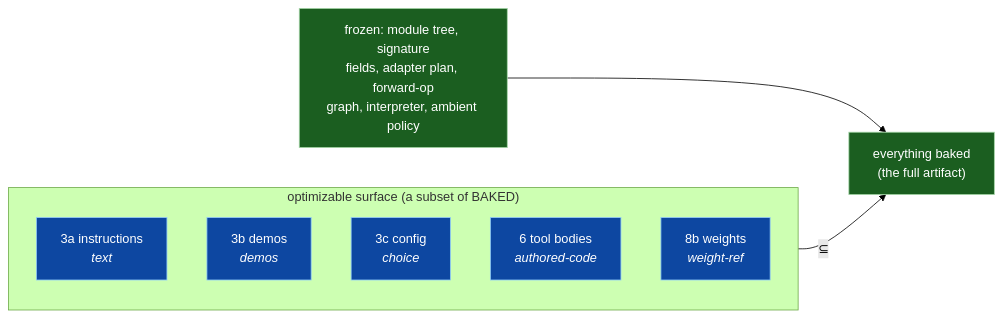
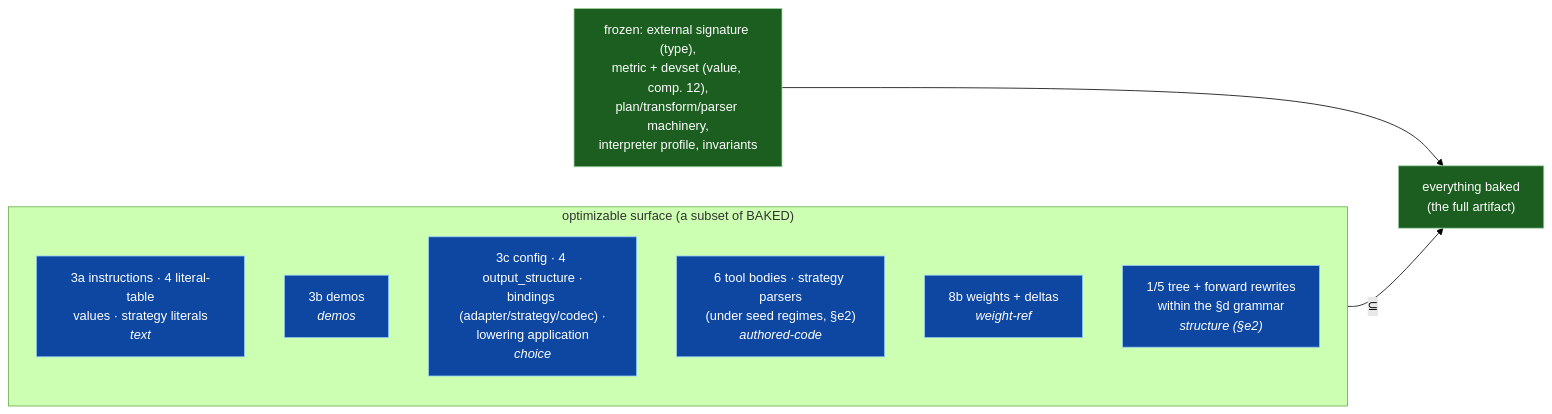
Before and after one commit to MaximeRivest/dspy: the second of 11 diagrams in roadmap/IR-program-spec.md, drawn with Mermaid (forest theme). The commit also changed other lines of this file, not shown here.

First line of the commit message:
docs(programir): refresh all diagrams to the current spec; retire PNGs

````diff
--- a/roadmap/IR-program-spec.md
+++ b/roadmap/IR-program-spec.md
@@ -119,15 +255,16 @@
 ```mermaid
 flowchart LR
   subgraph OPT["optimizable surface (a subset of BAKED)"]
-    T["3a instructions<br/><i>text</i>"]
+    T["3a instructions · 4 literal-table<br/>values · strategy literals<br/><i>text</i>"]
     D["3b demos<br/><i>demos</i>"]
-    C["3c config<br/><i>choice</i>"]
-    B["6 tool bodies<br/><i>authored-code</i>"]
-    WR["8b weights<br/><i>weight-ref</i>"]
+    C["3c config · 4 output_structure ·<br/>bindings (adapter/strategy/codec) ·<br/>lowering application<br/><i>choice</i>"]
+    B["6 tool bodies · strategy parsers<br/>(under seed regimes, §e2)<br/><i>authored-code</i>"]
+    WR["8b weights + deltas<br/><i>weight-ref</i>"]
+    ST["1/5 tree + forward rewrites<br/>within the §d grammar<br/><i>structure (§e2)</i>"]
   end
   OPT -->|"⊆"| BAKED["everything baked<br/>(the full artifact)"]
-  FROZEN["frozen: module tree, signature<br/>fields, adapter plan, forward-op<br/>graph, interpreter, ambient policy"] --> BAKED
+  FROZEN["frozen: external signature (type),<br/>metric + devset (value, comp. 12),<br/>plan/transform/parser machinery,<br/>interpreter profile, invariants"] --> BAKED
   classDef o fill:#0d47a1,stroke:#90caf9,color:#fff;
   classDef b fill:#1b5e20,stroke:#a5d6a7,color:#fff;
-  class T,D,C,B,WR o; class BAKED,FROZEN b;
+  class T,D,C,B,WR,ST o; class BAKED,FROZEN b;
 ```
````
